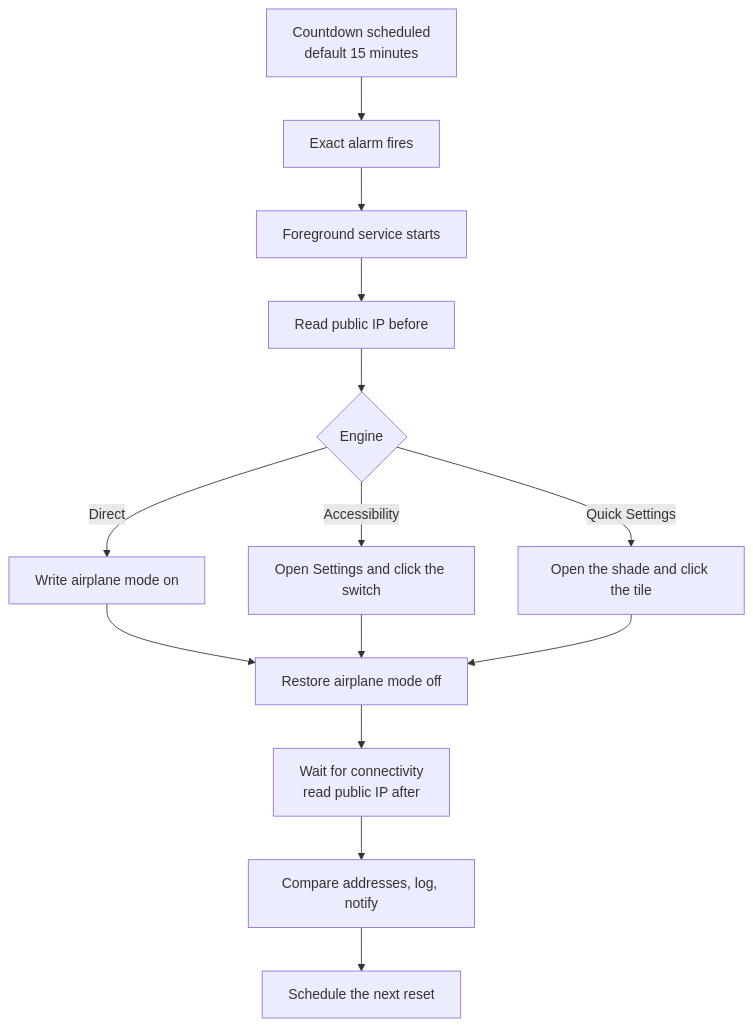
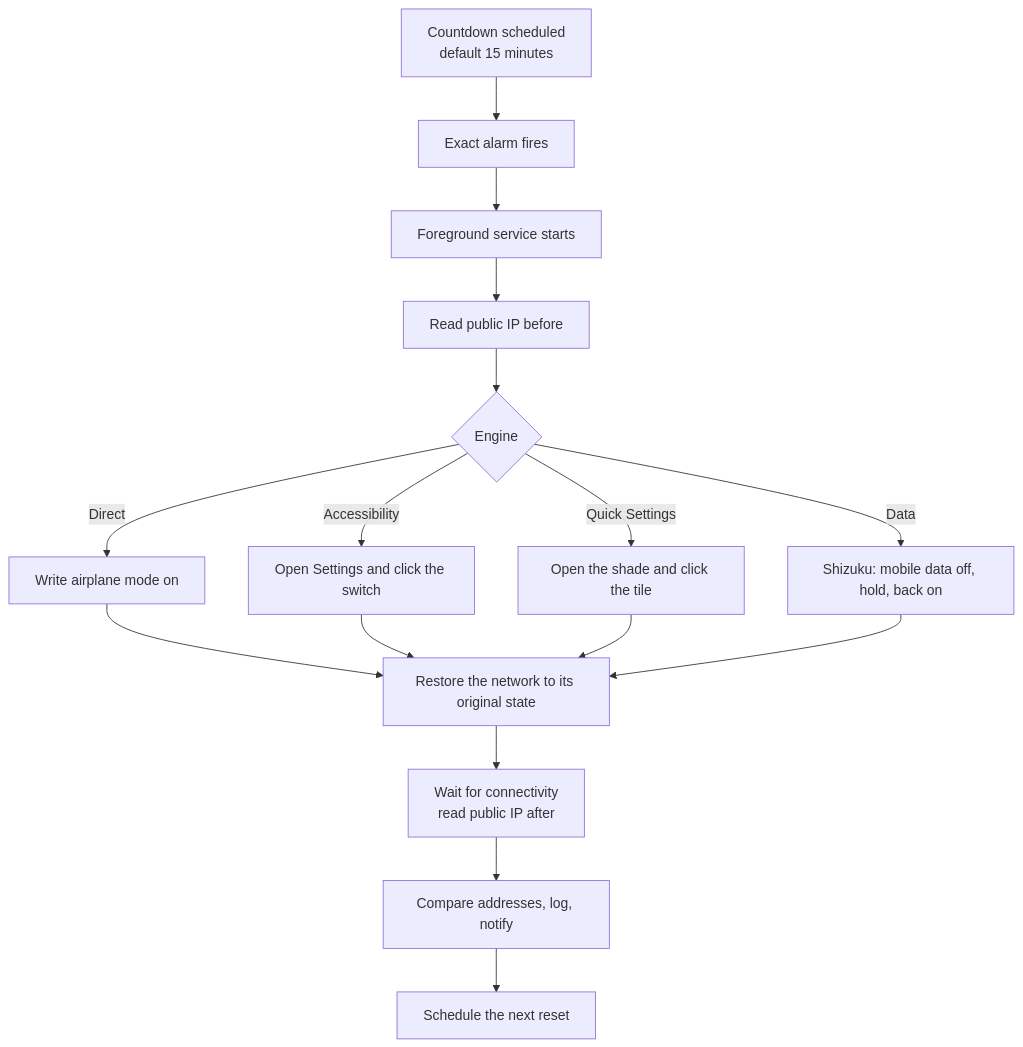
One commit to engrtarun/t9-apk-tools changed the diagram in README.md. Above: the diagram before and after it, drawn with Mermaid. The commit also changed other lines of this file and 28 other files, not shown here.

First line of the commit message:
Release 1.2.0: no-Airplane data reset through Shizuku

````diff
--- a/README.md
+++ b/README.md
@@ -104,16 +140,18 @@
 ```mermaid
 flowchart TD
     A["Countdown scheduled<br/>default 15 minutes"] --> B["Exact alarm fires"]
     B --> C["Foreground service starts"]
     C --> D["Read public IP before"]
     D --> E{"Engine"}
     E -->|Direct| F["Write airplane mode on"]
     E -->|Accessibility| G["Open Settings and click the switch"]
     E -->|Quick Settings| H["Open the shade and click the tile"]
-    F --> I["Restore airplane mode off"]
+    E -->|Data| M["Shizuku: mobile data off, hold, back on"]
+    F --> I["Restore the network to its original state"]
     G --> I
     H --> I
+    M --> I
     I --> J["Wait for connectivity<br/>read public IP after"]
     J --> K["Compare addresses, log, notify"]
     K --> L["Schedule the next reset"]
 ```
````
